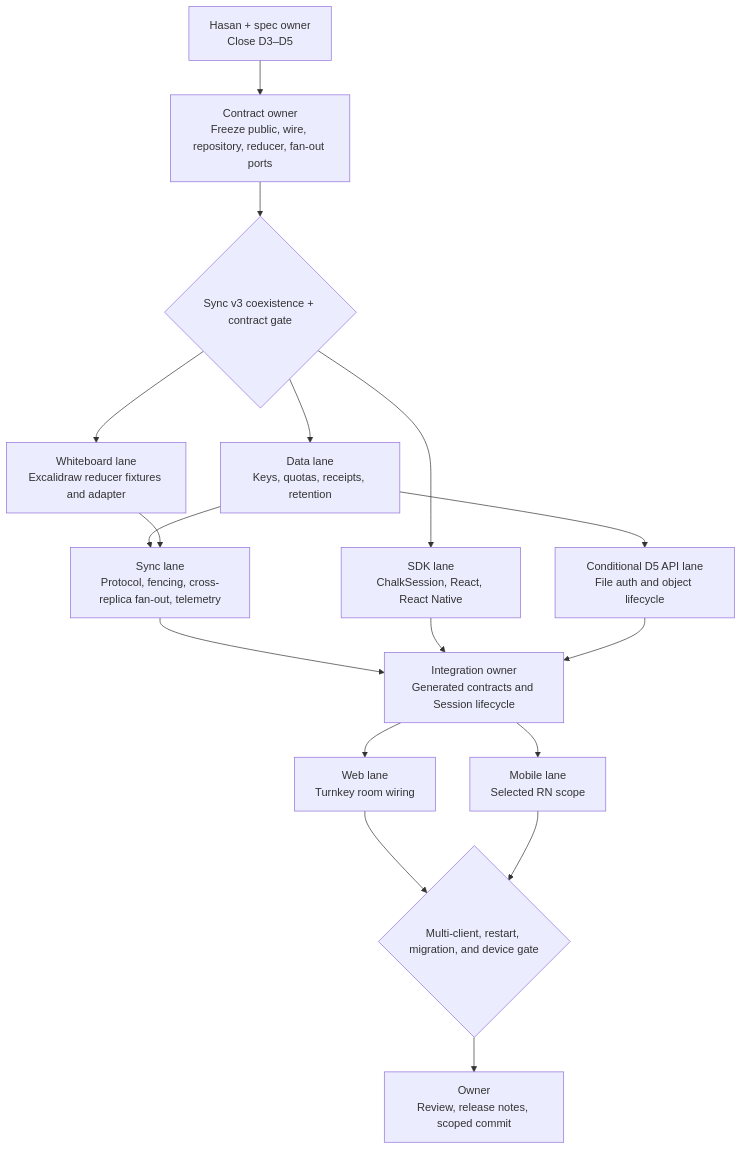
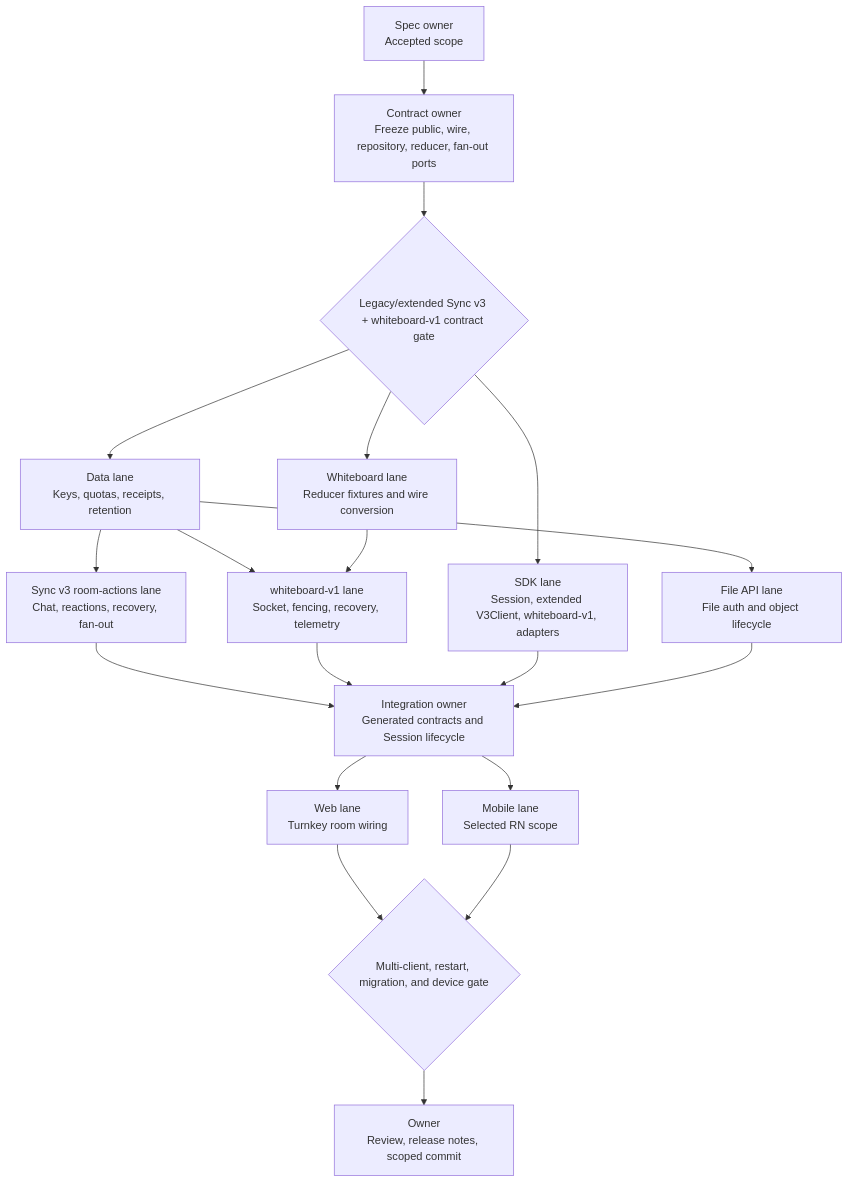
The second of 2 diagrams in scratchpad/chalk-room-actions-spec-2026-07-29.md (Q9Labs/chalk), drawn with Mermaid before and after one commit. The commit also changed other lines of this file and 4 other files, not shown here.

Commit message:
docs(spec): finalize room action architecture

````diff
--- a/scratchpad/chalk-room-actions-spec-2026-07-29.md
+++ b/scratchpad/chalk-room-actions-spec-2026-07-29.md
@@ -1100,32 +1141,35 @@
 ```mermaid
 flowchart TD
-  D["Hasan + spec owner<br/>Close D3–D5"]
+  D["Spec owner<br/>Accepted scope"]
   F["Contract owner<br/>Freeze public, wire, repository, reducer, fan-out ports"]
-  G1{"Sync v3 coexistence + contract gate"}
+  G1{"Legacy/extended Sync v3 + whiteboard-v1 contract gate"}
   DB["Data lane<br/>Keys, quotas, receipts, retention"]
-  SE["Sync lane<br/>Protocol, fencing, cross-replica fan-out, telemetry"]
-  FILES["Conditional D5 API lane<br/>File auth and object lifecycle"]
-  SDK["SDK lane<br/>ChalkSession, React, React Native"]
-  WB["Whiteboard lane<br/>Excalidraw reducer fixtures and adapter"]
+  ROOM["Sync v3 room-actions lane<br/>Chat, reactions, recovery, fan-out"]
+  BOARD["whiteboard-v1 lane<br/>Socket, fencing, recovery, telemetry"]
+  FILES["File API lane<br/>File auth and object lifecycle"]
+  SDK["SDK lane<br/>Session, extended V3Client, whiteboard-v1, adapters"]
+  WB["Whiteboard lane<br/>Reducer fixtures and wire conversion"]
   INT["Integration owner<br/>Generated contracts and Session lifecycle"]
   WEB["Web lane<br/>Turnkey room wiring"]
   MOB["Mobile lane<br/>Selected RN scope"]
   G2{"Multi-client, restart, migration, and device gate"}
   HANDOFF["Owner<br/>Review, release notes, scoped commit"]
 
   D --> F --> G1
   G1 --> DB
   G1 --> SDK
   G1 --> WB
-  DB --> SE
-  WB --> SE
+  DB --> ROOM
+  DB --> BOARD
+  WB --> BOARD
   DB --> FILES
-  SE --> INT
+  ROOM --> INT
+  BOARD --> INT
   SDK --> INT
   FILES --> INT
   INT --> WEB
   INT --> MOB
   WEB --> G2
   MOB --> G2
   G2 --> HANDOFF
 ```
````
